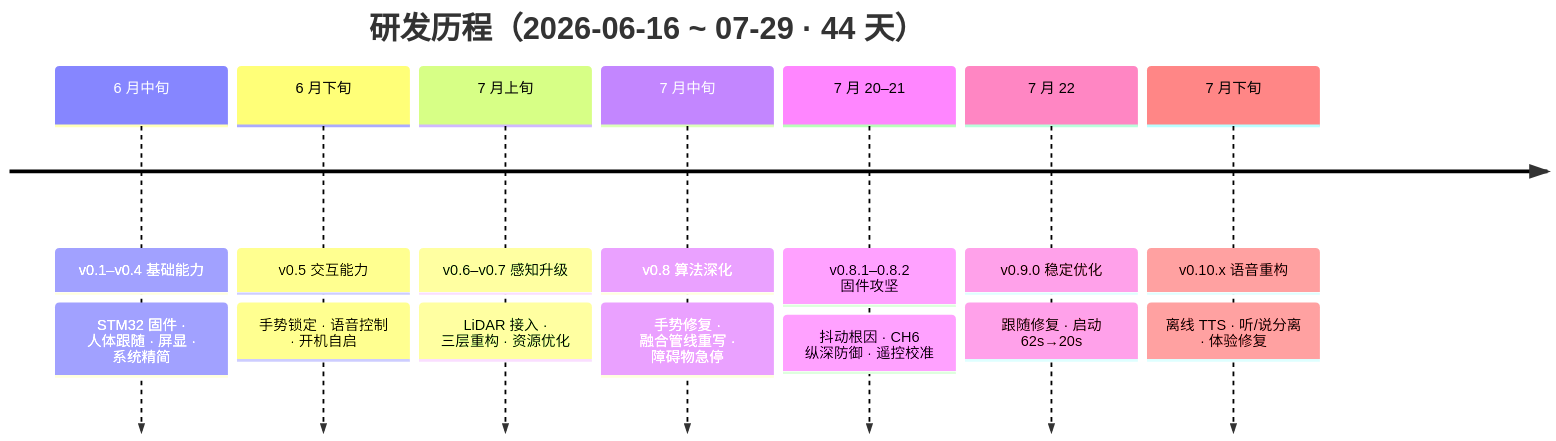
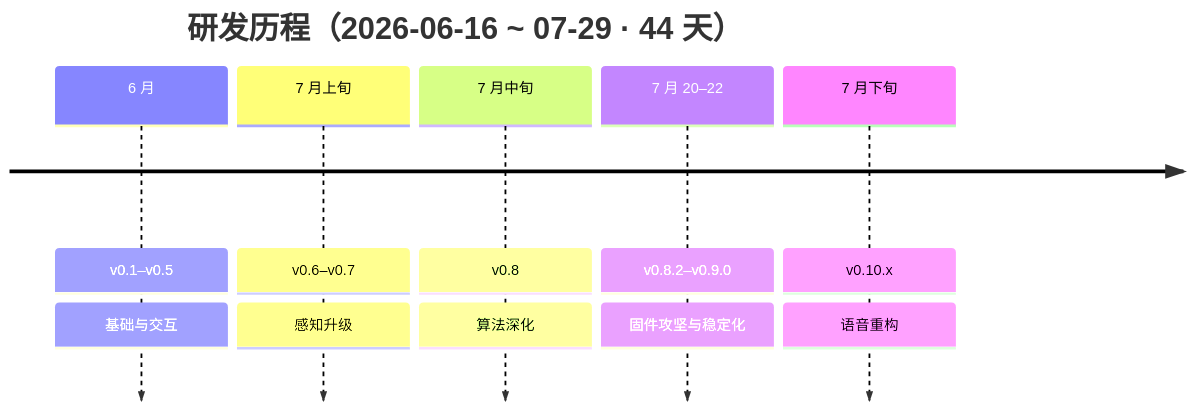
One commit to ItsTonyMei/tracked-vehicle-rdk changed the fifth of 5 diagrams in docs/PROJECT-REPORT.md. Above: the diagram before and after it, drawn with Mermaid. The commit also changed other lines of this file, not shown here.

First line of the commit message:
docs: 报告图示调整 — 时间线简化为宏观阶段 + 新增安全架构堆叠图

````diff
--- a/docs/PROJECT-REPORT.md
+++ b/docs/PROJECT-REPORT.md
@@ -276,11 +297,9 @@
 ```mermaid
 timeline
     title 研发历程（2026-06-16 ~ 07-29 · 44 天）
-    6 月中旬 : v0.1–v0.4 基础能力 : STM32 固件 · 人体跟随 · 屏显 · 系统精简
-    6 月下旬 : v0.5 交互能力 : 手势锁定 · 语音控制 · 开机自启
-    7 月上旬 : v0.6–v0.7 感知升级 : LiDAR 接入 · 三层重构 · 资源优化
-    7 月中旬 : v0.8 算法深化 : 手势修复 · 融合管线重写 · 障碍物急停
-    7 月 20–21 : v0.8.1–0.8.2 固件攻坚 : 抖动根因 · CH6 纵深防御 · 遥控校准
-    7 月 22 : v0.9.0 稳定优化 : 跟随修复 · 启动 62s→20s
-    7 月下旬 : v0.10.x 语音重构 : 离线 TTS · 听/说分离 · 体验修复
+    6 月 : v0.1–v0.5 : 基础与交互
+    7 月上旬 : v0.6–v0.7 : 感知升级
+    7 月中旬 : v0.8 : 算法深化
+    7 月 20–22 : v0.8.2–v0.9.0 : 固件攻坚与稳定化
+    7 月下旬 : v0.10.x : 语音重构
 ```
````
